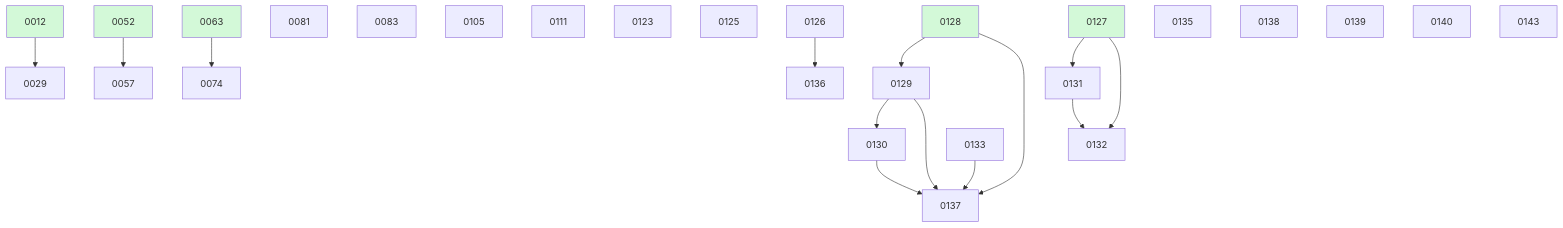
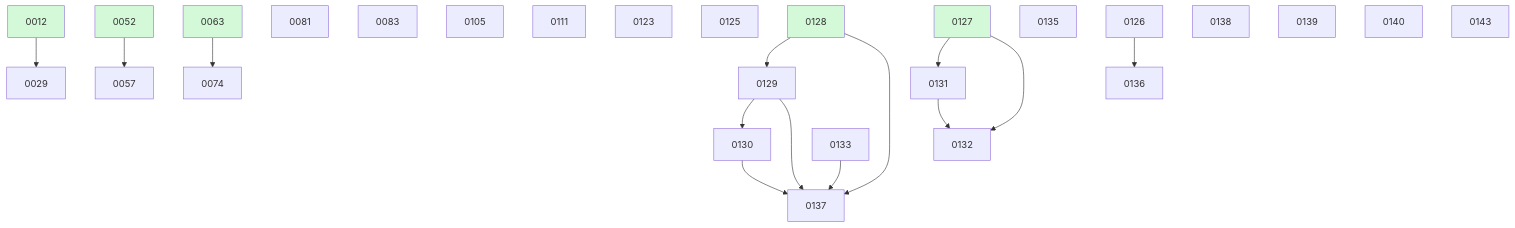
One commit to ethanhinson/fuse changed the diagram in docs/changes/BOARD.md. Above: the diagram before and after it, drawn with Mermaid. The commit also changed other lines of this file and 3 other files, not shown here.

````diff
--- a/docs/changes/BOARD.md
+++ b/docs/changes/BOARD.md
@@ -47,35 +46,34 @@
 ```mermaid
 graph TD
   0012 --> 0029
   0052 --> 0057
   0063 --> 0074
   0081
   0083
   0105
   0111
   0123
   0125
-  0126
   0128 --> 0129
   0129 --> 0130
   0127 --> 0131
   0127 --> 0132
   0131 --> 0132
   0133
   0135
   0126 --> 0136
   0128 --> 0137
   0129 --> 0137
   0130 --> 0137
   0133 --> 0137
   0138
   0139
   0140
   0143
   0012:::done
   0052:::done
   0063:::done
   0127:::done
   0128:::done
   classDef done fill:#d3f9d8;
 ```
````
